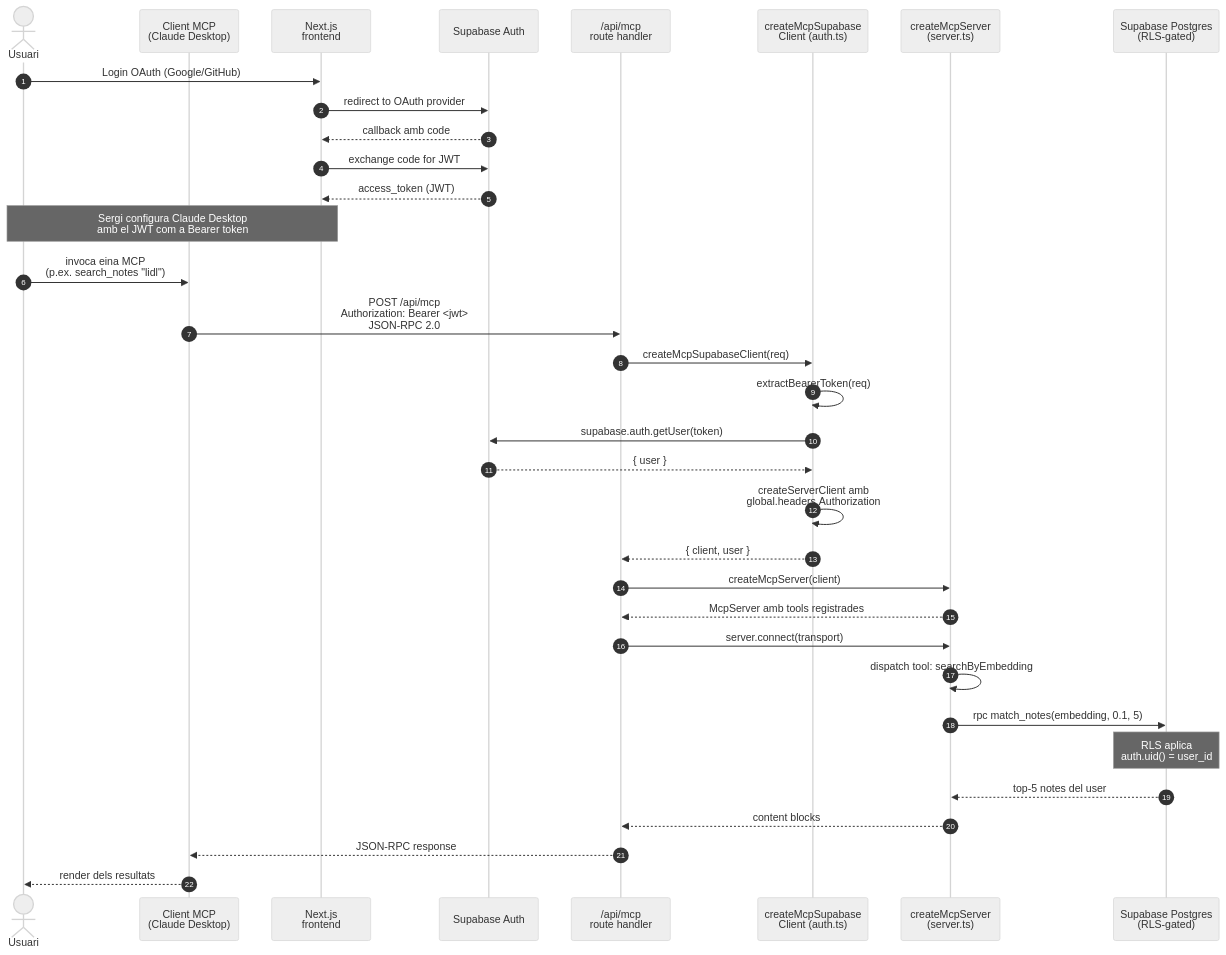
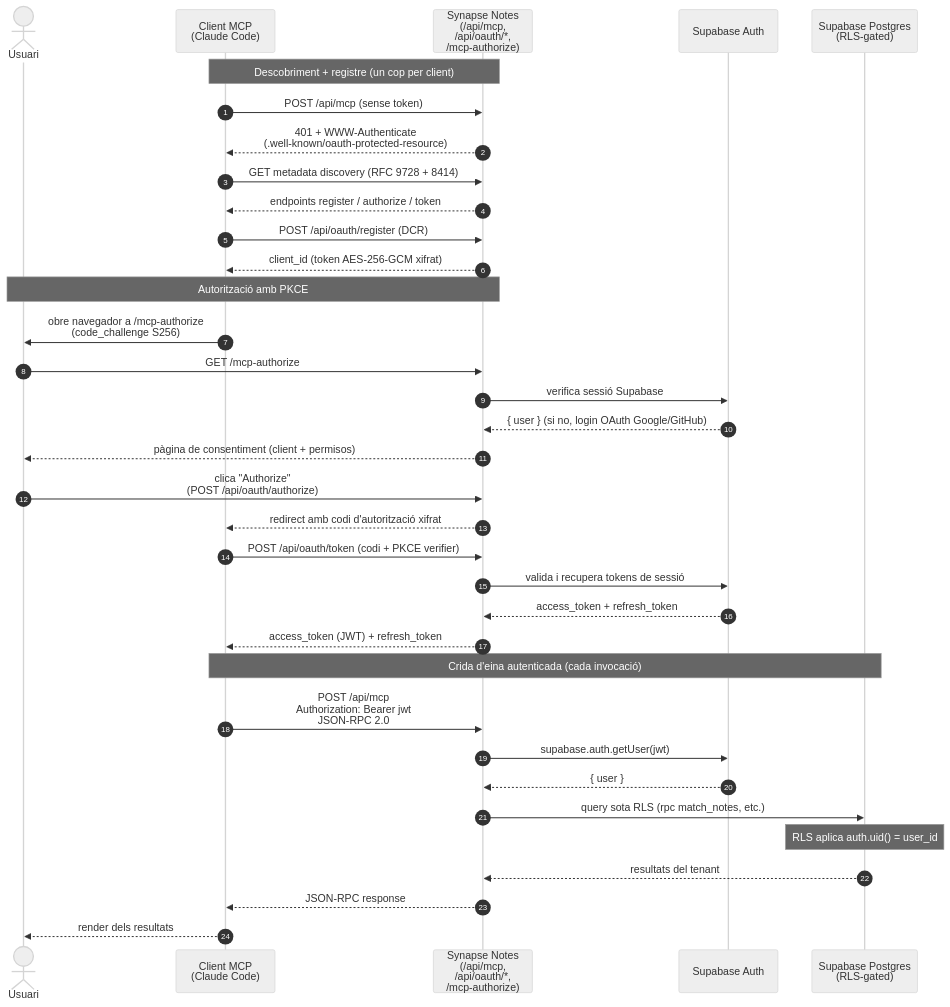
The diagram in tfg/figures/mcp-oauth-sequence.mmd (sergi-izquierdo/synapse-notes), drawn with Mermaid before and after one commit. The commit also changed 3 other files, not shown here.

First line of the commit message:
fix(tfg): restore graphify section content, real OAuth sequence diagram, dead cross-refs

```diff
--- a/tfg/figures/mcp-oauth-sequence.mmd
+++ b/tfg/figures/mcp-oauth-sequence.mmd
@@ -1,37 +1,39 @@
 %%{init: {'theme': 'neutral'}}%%
 sequenceDiagram
     autonumber
     actor User as Usuari
-    participant Client as Client MCP<br/>(Claude Desktop)
-    participant App as Next.js<br/>frontend
+    participant Client as Client MCP<br/>(Claude Code)
+    participant SN as Synapse Notes<br/>(/api/mcp,<br/>/api/oauth/*,<br/>/mcp-authorize)
     participant Auth as Supabase Auth
-    participant API as /api/mcp<br/>route handler
-    participant Lib as createMcpSupabase<br/>Client (auth.ts)
-    participant Server as createMcpServer<br/>(server.ts)
     participant DB as Supabase Postgres<br/>(RLS-gated)
 
-    User->>App: Login OAuth (Google/GitHub)
-    App->>Auth: redirect to OAuth provider
-    Auth-->>App: callback amb code
-    App->>Auth: exchange code for JWT
-    Auth-->>App: access_token (JWT)
-    Note over User,App: Sergi configura Claude Desktop<br/>amb el JWT com a Bearer token
+    Note over Client,SN: Descobriment + registre (un cop per client)
+    Client->>SN: POST /api/mcp (sense token)
+    SN-->>Client: 401 + WWW-Authenticate<br/>(.well-known/oauth-protected-resource)
+    Client->>SN: GET metadata discovery (RFC 9728 + 8414)
+    SN-->>Client: endpoints register / authorize / token
+    Client->>SN: POST /api/oauth/register (DCR)
+    SN-->>Client: client_id (token AES-256-GCM xifrat)
 
-    User->>Client: invoca eina MCP<br/>(p.ex. search_notes "lidl")
-    Client->>API: POST /api/mcp<br/>Authorization: Bearer <jwt><br/>JSON-RPC 2.0
-    API->>Lib: createMcpSupabaseClient(req)
-    Lib->>Lib: extractBearerToken(req)
-    Lib->>Auth: supabase.auth.getUser(token)
-    Auth-->>Lib: { user }
-    Lib->>Lib: createServerClient amb<br/>global.headers.Authorization
-    Lib-->>API: { client, user }
-    API->>Server: createMcpServer(client)
-    Server-->>API: McpServer amb tools registrades
-    API->>Server: server.connect(transport)
-    Server->>Server: dispatch tool: searchByEmbedding
-    Server->>DB: rpc match_notes(embedding, 0.1, 5)
-    Note over DB: RLS aplica<br/>auth.uid() = user_id
-    DB-->>Server: top-5 notes del user
-    Server-->>API: content blocks
-    API-->>Client: JSON-RPC response
+    Note over User,SN: Autorització amb PKCE
+    Client->>User: obre navegador a /mcp-authorize<br/>(code_challenge S256)
+    User->>SN: GET /mcp-authorize
+    SN->>Auth: verifica sessió Supabase
+    Auth-->>SN: { user } (si no, login OAuth Google/GitHub)
+    SN-->>User: pàgina de consentiment (client + permisos)
+    User->>SN: clica "Authorize"<br/>(POST /api/oauth/authorize)
+    SN-->>Client: redirect amb codi d'autorització xifrat
+    Client->>SN: POST /api/oauth/token (codi + PKCE verifier)
+    SN->>Auth: valida i recupera tokens de sessió
+    Auth-->>SN: access_token + refresh_token
+    SN-->>Client: access_token (JWT) + refresh_token
+
+    Note over Client,DB: Crida d'eina autenticada (cada invocació)
+    Client->>SN: POST /api/mcp<br/>Authorization: Bearer jwt<br/>JSON-RPC 2.0
+    SN->>Auth: supabase.auth.getUser(jwt)
+    Auth-->>SN: { user }
+    SN->>DB: query sota RLS (rpc match_notes, etc.)
+    Note over DB: RLS aplica auth.uid() = user_id
+    DB-->>SN: resultats del tenant
+    SN-->>Client: JSON-RPC response
     Client-->>User: render dels resultats
```
